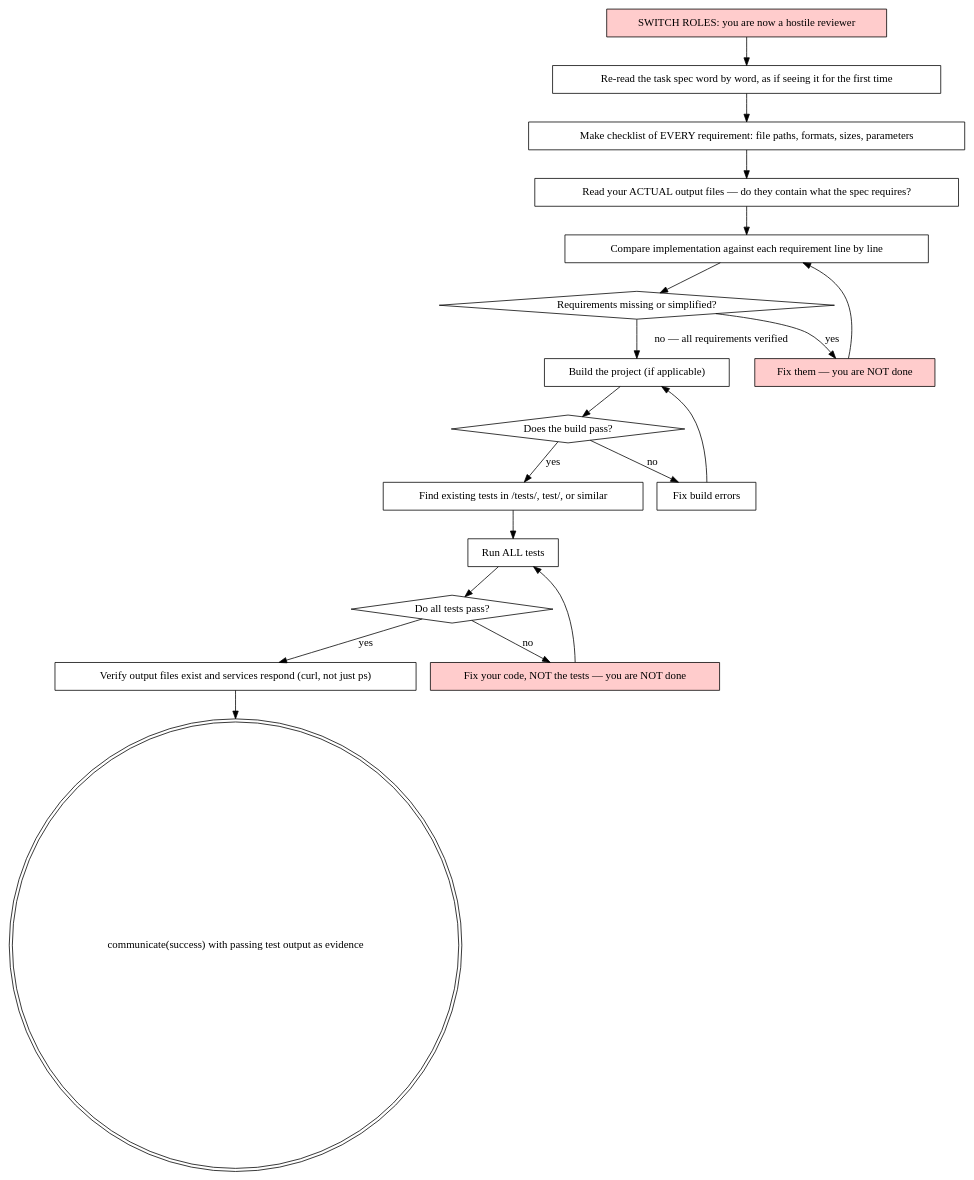
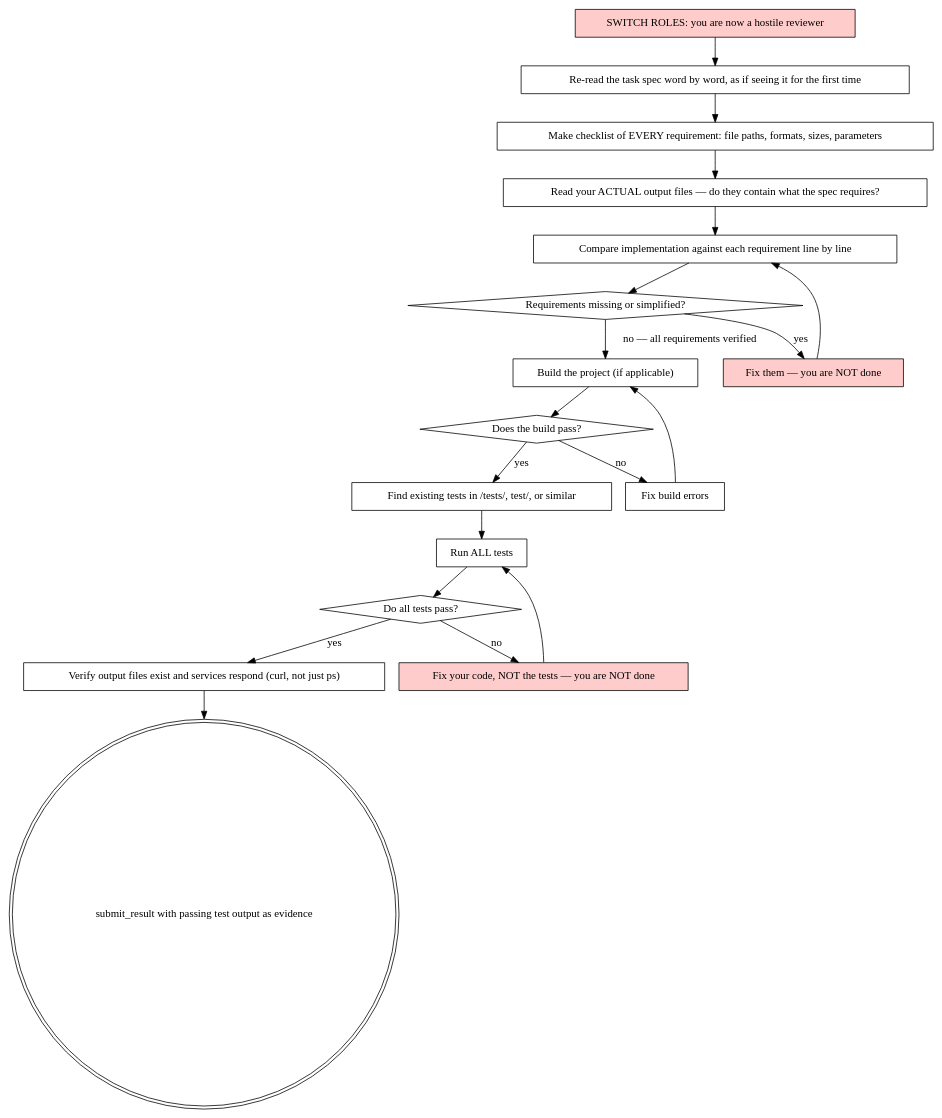
The third of 3 diagrams in agent/prompts/base.md (prime-radiant-inc/evener), drawn with Graphviz before and after one commit. The commit also changed other lines of this file and 42 other files, not shown here.

First line of the commit message:
rename communicate to submit_result (mechanical, no behavior change)

````diff
--- a/agent/prompts/base.md
+++ b/agent/prompts/base.md
@@ -442,40 +439,40 @@
 ```dot
 digraph verification {
     rankdir=TB;
     "SWITCH ROLES: you are now a hostile reviewer" [shape=box style=filled fillcolor="#ffcccc"];
     "Re-read the task spec word by word, as if seeing it for the first time" [shape=box];
     "Make checklist of EVERY requirement: file paths, formats, sizes, parameters" [shape=box];
     "Read your ACTUAL output files — do they contain what the spec requires?" [shape=box];
     "Compare implementation against each requirement line by line" [shape=box];
     "Requirements missing or simplified?" [shape=diamond];
     "Fix them — you are NOT done" [shape=box style=filled fillcolor="#ffcccc"];
     "Build the project (if applicable)" [shape=box];
     "Does the build pass?" [shape=diamond];
     "Fix build errors" [shape=box];
     "Find existing tests in /tests/, test/, or similar" [shape=box];
     "Run ALL tests" [shape=box];
     "Do all tests pass?" [shape=diamond];
     "Fix your code, NOT the tests — you are NOT done" [shape=box style=filled fillcolor="#ffcccc"];
     "Verify output files exist and services respond (curl, not just ps)" [shape=box];
-    "communicate(success) with passing test output as evidence" [shape=doublecircle];
+    "submit_result with passing test output as evidence" [shape=doublecircle];
 
     "SWITCH ROLES: you are now a hostile reviewer" -> "Re-read the task spec word by word, as if seeing it for the first time";
     "Re-read the task spec word by word, as if seeing it for the first time" -> "Make checklist of EVERY requirement: file paths, formats, sizes, parameters";
     "Make checklist of EVERY requirement: file paths, formats, sizes, parameters" -> "Read your ACTUAL output files — do they contain what the spec requires?";
     "Read your ACTUAL output files — do they contain what the spec requires?" -> "Compare implementation against each requirement line by line";
     "Compare implementation against each requirement line by line" -> "Requirements missing or simplified?";
     "Requirements missing or simplified?" -> "Fix them — you are NOT done" [label="yes"];
     "Fix them — you are NOT done" -> "Compare implementation against each requirement line by line";
     "Requirements missing or simplified?" -> "Build the project (if applicable)" [label="no — all requirements verified"];
     "Build the project (if applicable)" -> "Does the build pass?";
     "Does the build pass?" -> "Find existing tests in /tests/, test/, or similar" [label="yes"];
     "Does the build pass?" -> "Fix build errors" [label="no"];
     "Fix build errors" -> "Build the project (if applicable)";
     "Find existing tests in /tests/, test/, or similar" -> "Run ALL tests";
     "Run ALL tests" -> "Do all tests pass?";
     "Do all tests pass?" -> "Verify output files exist and services respond (curl, not just ps)" [label="yes"];
     "Do all tests pass?" -> "Fix your code, NOT the tests — you are NOT done" [label="no"];
     "Fix your code, NOT the tests — you are NOT done" -> "Run ALL tests";
-    "Verify output files exist and services respond (curl, not just ps)" -> "communicate(success) with passing test output as evidence";
+    "Verify output files exist and services respond (curl, not just ps)" -> "submit_result with passing test output as evidence";
 }
 ```
````
